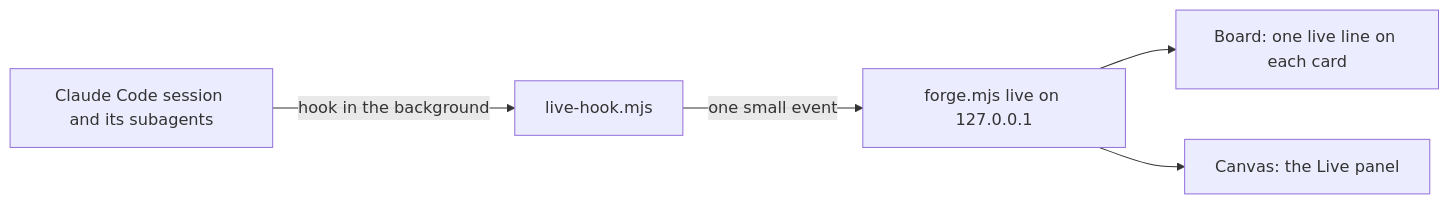
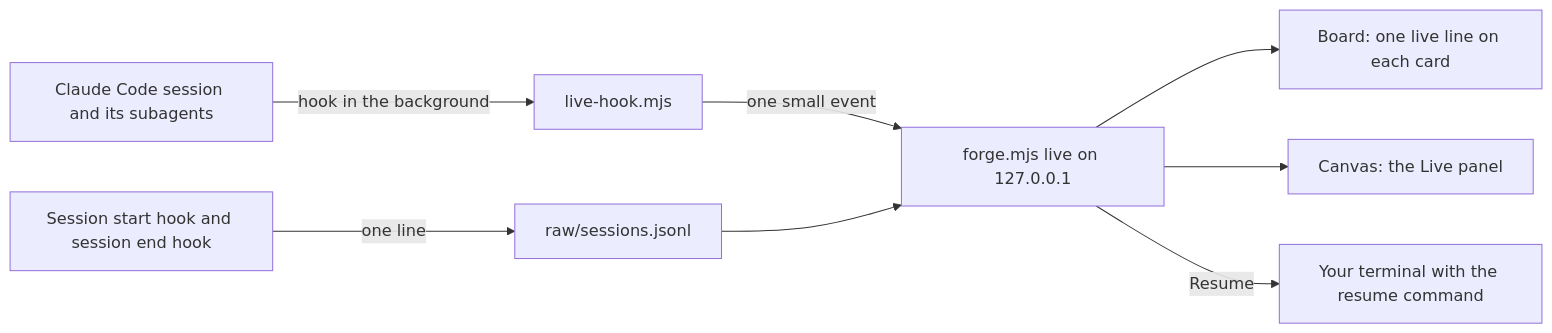
Before and after one commit to alexradunet/forge-engineering: the third of 3 diagrams in README.md, drawn with Mermaid. The commit also changed other lines of this file and 31 other files, not shown here.

First line of the commit message:
forge 9.1.0: the session list, and Resume for a closed session on the board

````diff
--- a/README.md
+++ b/README.md
@@ -441,7 +442,10 @@
 ```mermaid
 flowchart LR
   S[Claude Code session and its subagents] -->|hook in the background| R[live-hook.mjs]
   R -->|one small event| L[forge.mjs live on 127.0.0.1]
   L --> B[Board: one live line on each card]
   L --> C[Canvas: the Live panel]
+  H[Session start hook and session end hook] -->|one line| F[raw/sessions.jsonl]
+  F --> L
+  L -->|Resume| T[Your terminal with the resume command]
 ```
````
